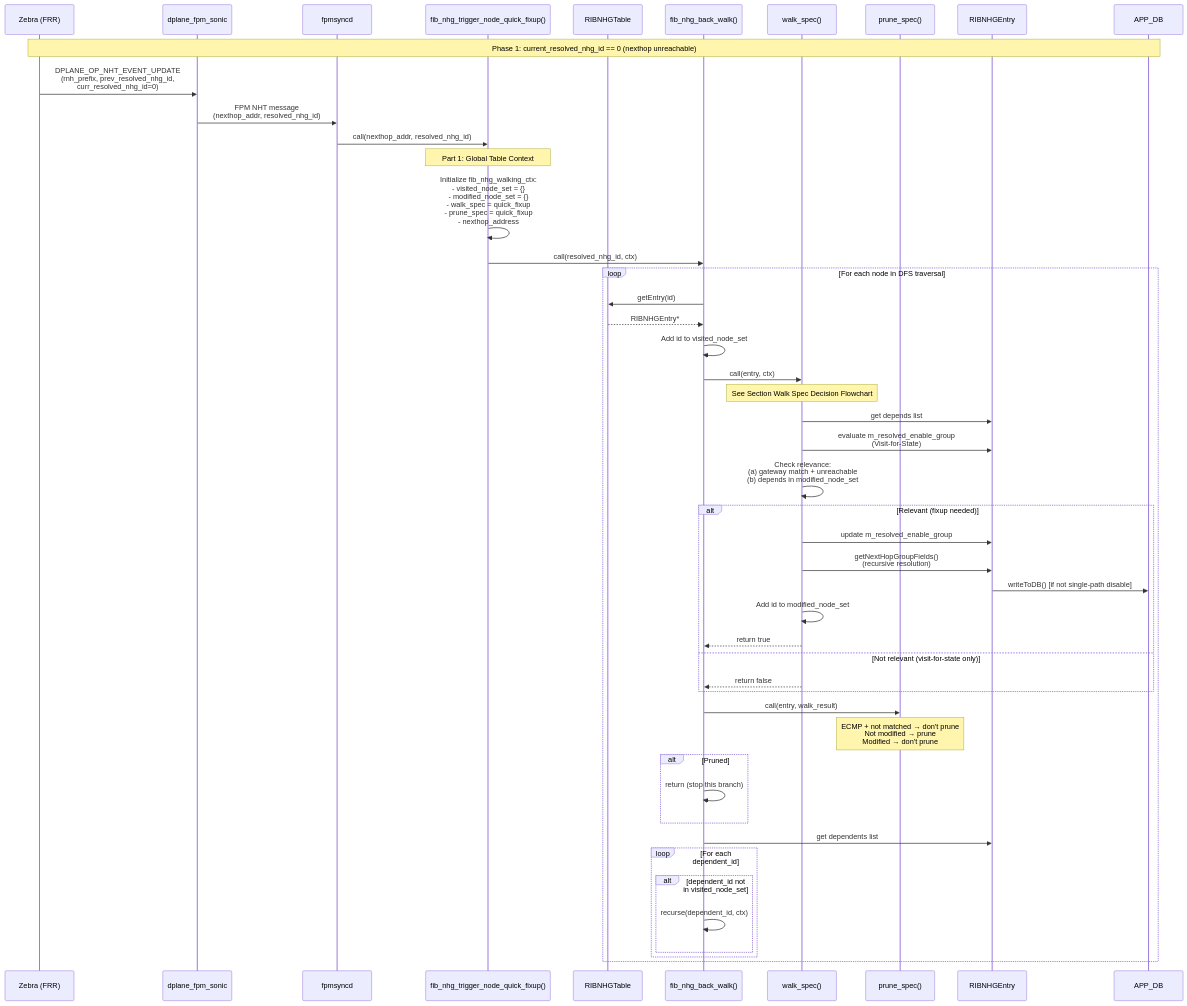
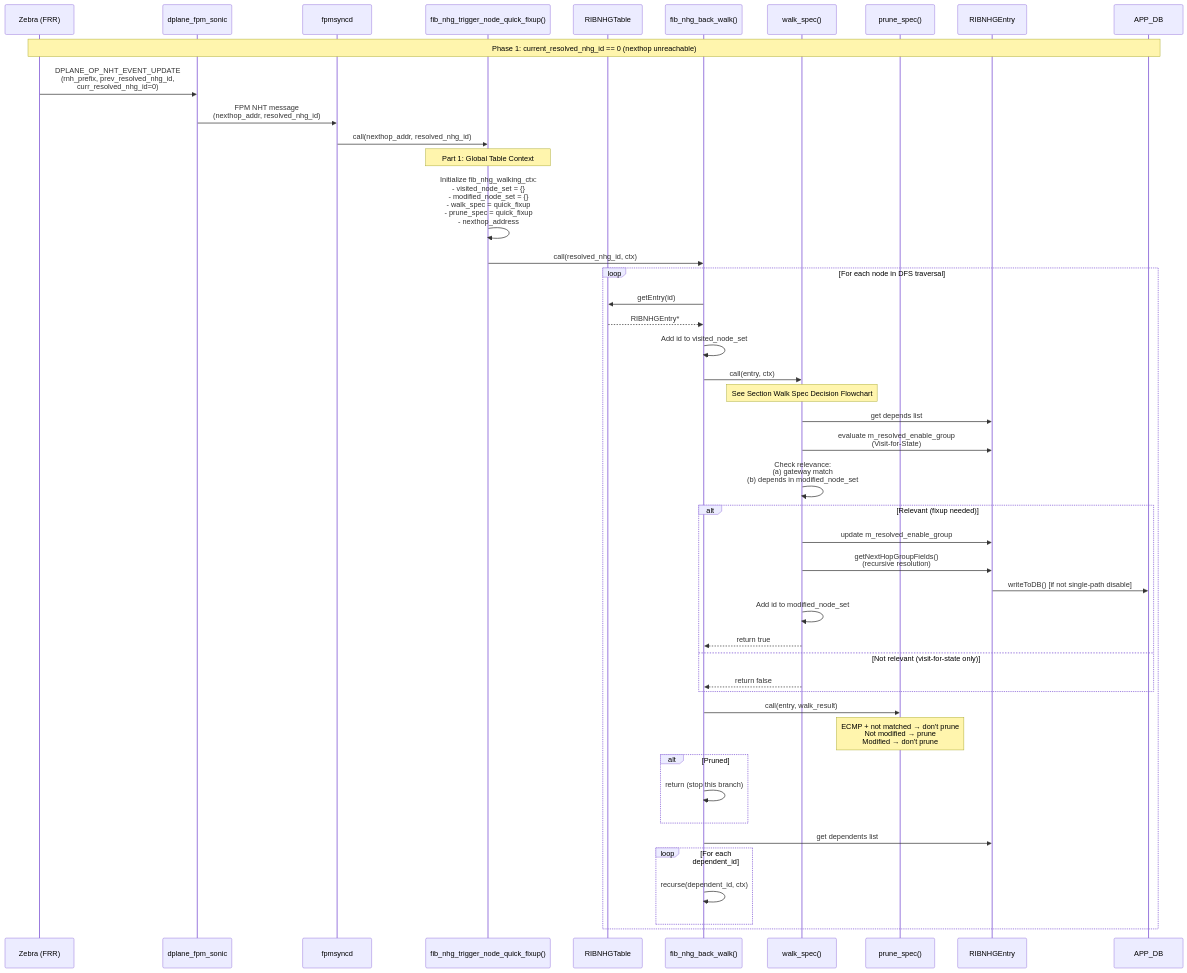
The third of 7 diagrams in doc/ribfib/ribfib_route_convergence.md (eddieruan-alibaba/SONiC), drawn with Mermaid before and after one commit. The commit also changed other lines of this file, not shown here.

````diff
--- a/doc/ribfib/ribfib_route_convergence.md
+++ b/doc/ribfib/ribfib_route_convergence.md
@@ -360,60 +378,58 @@
 ```mermaid
 sequenceDiagram
     participant Zebra as Zebra (FRR)
     participant FPM as dplane_fpm_sonic
     participant Syncd as fpmsyncd
     participant Trigger as fib_nhg_trigger_node_quick_fixup()
     participant Table as RIBNHGTable
     participant Walk as fib_nhg_back_walk()
     participant WSpec as walk_spec()
     participant PSpec as prune_spec()
     participant Entry as RIBNHGEntry
     participant APPDB as APP_DB
 
     Note over Zebra,APPDB: Phase 1: current_resolved_nhg_id == 0 (nexthop unreachable)
 
     Zebra->>FPM: DPLANE_OP_NHT_EVENT_UPDATE<br/>(rnh_prefix, prev_resolved_nhg_id,<br/>curr_resolved_nhg_id=0)
     FPM->>Syncd: FPM NHT message<br/>(nexthop_addr, resolved_nhg_id)
     Syncd->>Trigger: call(nexthop_addr, resolved_nhg_id)
 
     Note over Trigger: Part 1: Global Table Context
     Trigger->>Trigger: Initialize fib_nhg_walking_ctx:<br/>- visited_node_set = {}<br/>- modified_node_set = {}<br/>- walk_spec = quick_fixup<br/>- prune_spec = quick_fixup<br/>- nexthop_address
 
     Trigger->>Walk: call(resolved_nhg_id, ctx)
 
     loop For each node in DFS traversal
         Walk->>Table: getEntry(id)
         Table-->>Walk: RIBNHGEntry*
 
         Walk->>Walk: Add id to visited_node_set
 
         Walk->>WSpec: call(entry, ctx)
         Note over WSpec: See Section Walk Spec Decision Flowchart
         WSpec->>Entry: get depends list
         WSpec->>Entry: evaluate m_resolved_enable_group<br/>(Visit-for-State)
-        WSpec->>WSpec: Check relevance:<br/>(a) gateway match + unreachable<br/>(b) depends in modified_node_set
+        WSpec->>WSpec: Check relevance:<br/>(a) gateway match<br/>(b) depends in modified_node_set
 
         alt Relevant (fixup needed)
             WSpec->>Entry: update m_resolved_enable_group
             WSpec->>Entry: getNextHopGroupFields()<br/>(recursive resolution)
             Entry->>APPDB: writeToDB() [if not single-path disable]
             WSpec->>WSpec: Add id to modified_node_set
             WSpec-->>Walk: return true
         else Not relevant (visit-for-state only)
             WSpec-->>Walk: return false
         end
 
         Walk->>PSpec: call(entry, walk_result)
         Note over PSpec: ECMP + not matched → don't prune<br/>Not modified → prune<br/>Modified → don't prune
         alt Pruned
             Walk->>Walk: return (stop this branch)
         end
 
         Walk->>Entry: get dependents list
         loop For each dependent_id
-            alt dependent_id not in visited_node_set
-                Walk->>Walk: recurse(dependent_id, ctx)
-            end
+            Walk->>Walk: recurse(dependent_id, ctx)
         end
     end
 ```
````
